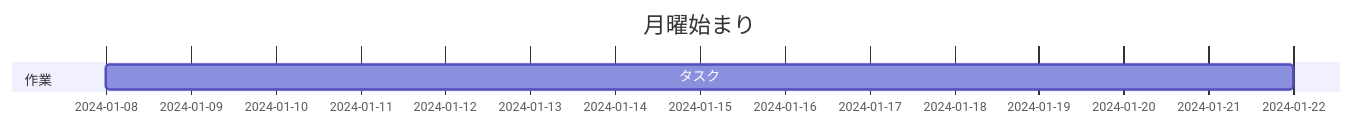
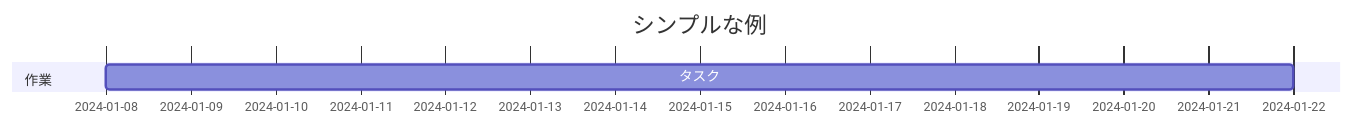
Before and after one commit to iwatsushi/mermaid: the seventh of 13 diagrams in 06_gantt.md, drawn with Mermaid. The commit also changed other lines of this file and 5 other files, not shown here.

````diff
--- a/06_gantt.md
+++ b/06_gantt.md
@@ -121,9 +121,8 @@
 ```mermaid
 gantt
-    title 月曜始まり
+    title シンプルな例
     dateFormat YYYY-MM-DD
-    weekday monday
 
     section 作業
     タスク :2024-01-08, 14d
 ```
````
